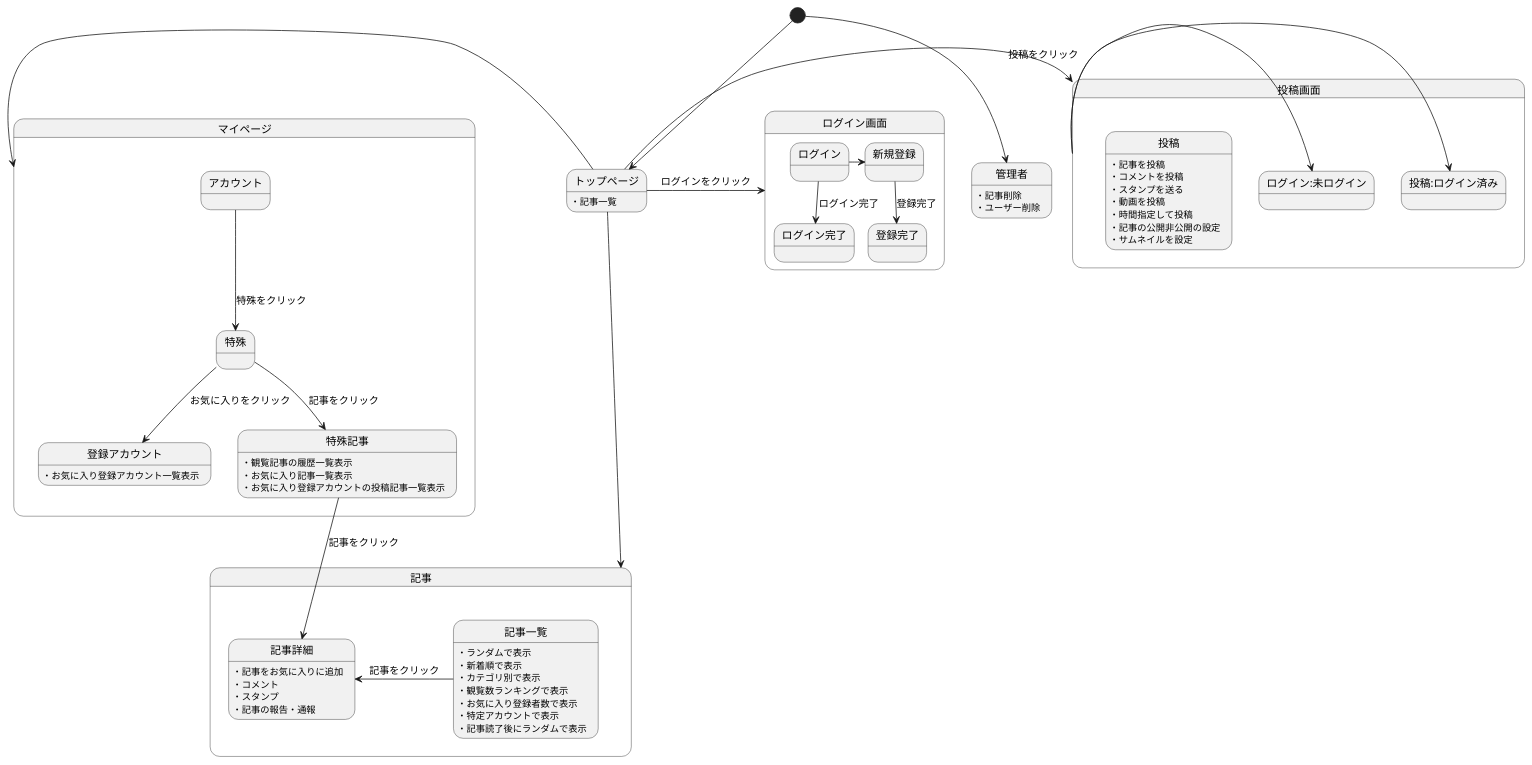
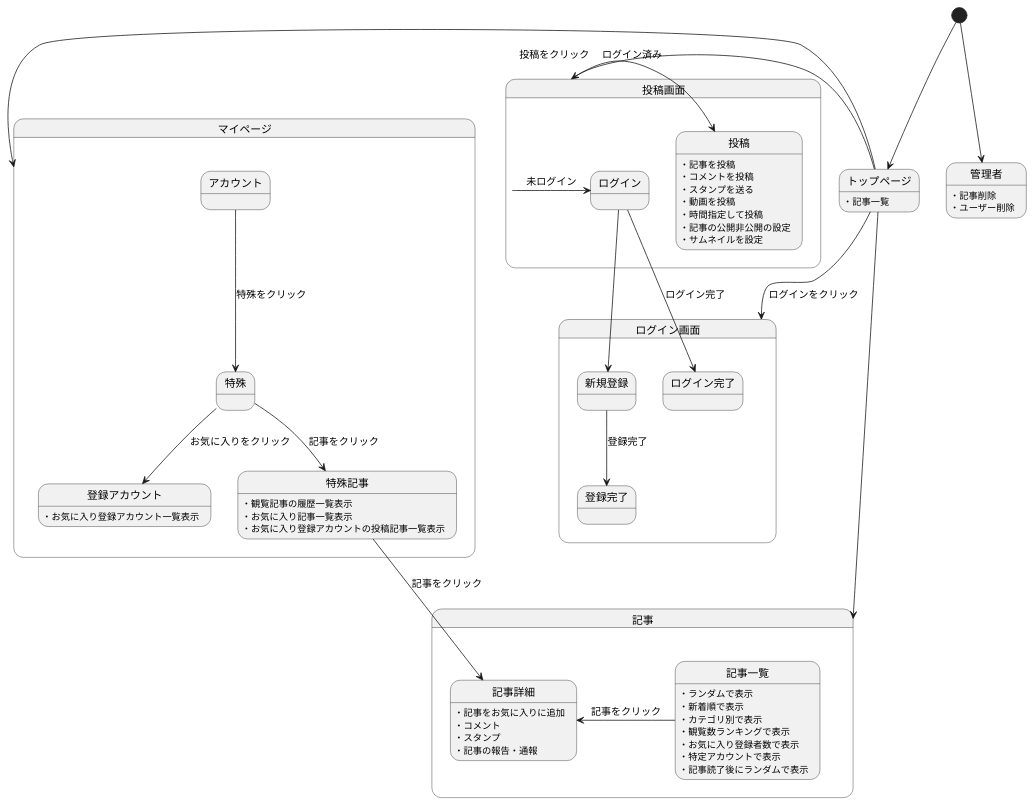
Before and after one commit to Aso2001001/2022System: the diagram in 後期画面遷移.md, drawn with PlantUML.

````diff
--- a/後期画面遷移.md
+++ b/後期画面遷移.md
@@ -1,72 +1,72 @@
 ```uml
 @startuml
 [*] --> トップページ
 
 
 トップページ -down-> 記事
 トップページ -left-> マイページ
 トップページ -> 投稿画面 : 投稿をクリック
 
 トップページ:・記事一覧
 
 トップページ -> ログイン画面 : ログインをクリック
 
 state 投稿画面{
-投稿画面 -> 投稿:ログイン済み
-投稿画面 -> ログイン:未ログイン
+投稿画面 -> 投稿 : ログイン済み
+投稿画面 -> ログイン : 未ログイン
 投稿:・記事を投稿
 投稿:・コメントを投稿
 投稿:・スタンプを送る
 投稿:・動画を投稿
 投稿:・時間指定して投稿
 投稿:・記事の公開非公開の設定
 投稿:・サムネイルを設定
 
 }
 
 state ログイン画面{
 ログイン -> 新規登録
 ログイン -down-> ログイン完了 : ログイン完了
 新規登録 -down-> 登録完了 : 登録完了
 }
 
 state 記事{
 記事一覧 -left-> 記事詳細 : 記事をクリック
 
 記事一覧:・ランダムで表示
 記事一覧:・新着順で表示
 記事一覧:・カテゴリ別で表示
 記事一覧:・観覧数ランキングで表示
 記事一覧:・お気に入り登録者数で表示
 記事一覧:・特定アカウントで表示
 記事一覧:・記事読了後にランダムで表示
 
 記事詳細:・記事をお気に入りに追加
 記事詳細:・コメント
 記事詳細:・スタンプ
 記事詳細:・記事の報告・通報
 
 }
 
 state マイページ{
 
 アカウント -down-> 特殊 : 特殊をクリック
 特殊 -down-> 登録アカウント :お気に入りをクリック
 特殊 -down-> 特殊記事 :記事をクリック
 特殊記事 -down-> 記事詳細 :記事をクリック
 
 特殊記事:・観覧記事の履歴一覧表示
 特殊記事:・お気に入り記事一覧表示
 登録アカウント:・お気に入り登録アカウント一覧表示
 特殊記事:・お気に入り登録アカウントの投稿記事一覧表示
 
 }
 
 
 [*] --> 管理者
 管理者:・記事削除
 管理者:・ユーザー削除
 
 
 @enduml
 ```
````
